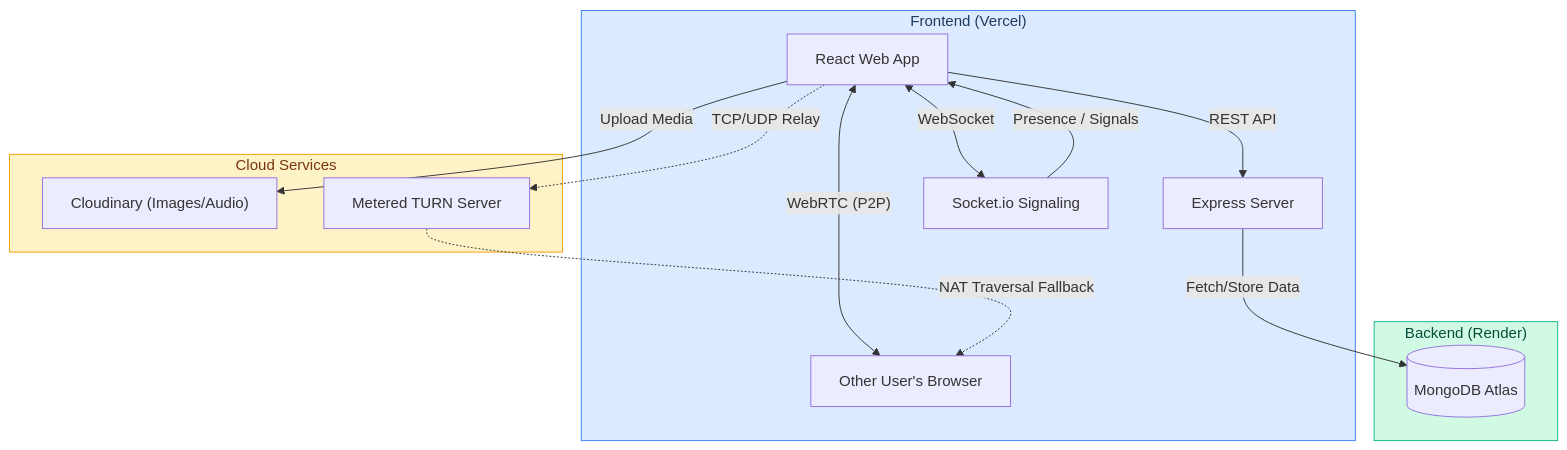
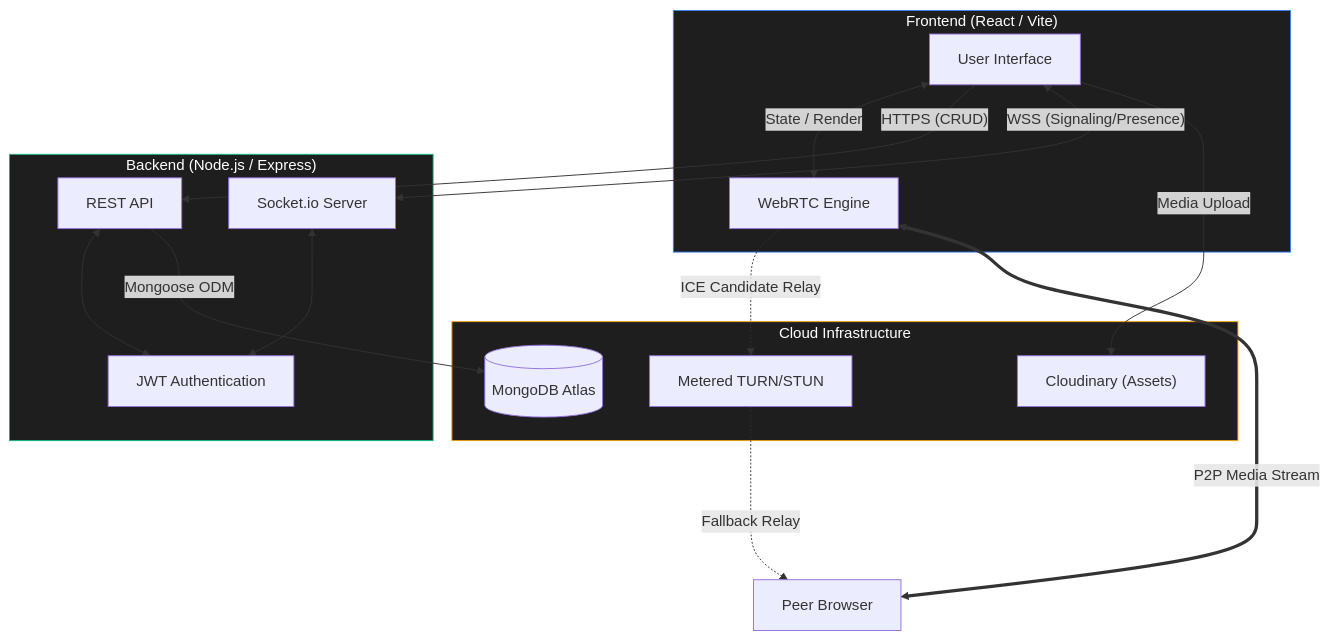
One commit to Harshkumar2306/talk-to-me changed the diagram in README.md. Above: the diagram before and after it, drawn with Mermaid. The commit also changed other lines of this file, not shown here.

````diff
--- a/README.md
+++ b/README.md
@@ -15,31 +69,36 @@
 ```mermaid
 graph TB
-    subgraph Frontend["Frontend (Vercel)"]
-        UI["React Web App"]
-        UI --> |"REST API"| API
-        UI <--> |"WebSocket"| SOCKET
-        UI <--> |"WebRTC (P2P)"| PEER["Other User's Browser"]
+    subgraph Frontend["Frontend (React / Vite)"]
+        UI["User Interface"]
+        RTC["WebRTC Engine"]
+        UI <--> |"State / Render"| RTC
     end
 
-    subgraph Backend["Backend (Render)"]
-        API["Express Server"]
-        SOCKET["Socket.io Signaling"]
+    subgraph Backend["Backend (Node.js / Express)"]
+        API["REST API"]
+        SOCKET["Socket.io Server"]
+        AUTH["JWT Authentication"]
         
-        API --> |"Fetch/Store Data"| DB
-        SOCKET --> |"Presence / Signals"| UI
+        API <--> AUTH
+        SOCKET <--> AUTH
     end
 
-    subgraph Cloud["Cloud Services"]
+    subgraph Cloud["Cloud Infrastructure"]
         DB[("MongoDB Atlas")]
-        CDN["Cloudinary (Images/Audio)"]
-        TURN["Metered TURN Server"]
-        
-        UI --> |"Upload Media"| CDN
-        UI -.-> |"TCP/UDP Relay"| TURN
-        TURN -.-> |"NAT Traversal Fallback"| PEER
+        CDN["Cloudinary (Assets)"]
+        TURN["Metered TURN/STUN"]
     end
+    
+    %% Connections
+    UI --> |"HTTPS (CRUD)"| API
+    UI <--> |"WSS (Signaling/Presence)"| SOCKET
+    API --> |"Mongoose ODM"| DB
+    UI --> |"Media Upload"| CDN
+    RTC -.-> |"ICE Candidate Relay"| TURN
+    RTC <====> |"P2P Media Stream"| RTC_OTHER["Peer Browser"]
+    TURN -.-> |"Fallback Relay"| RTC_OTHER
 
-    style Frontend fill:#dbeafe,stroke:#3b82f6,color:#1e3a5f
-    style Backend fill:#d1fae5,stroke:#10b981,color:#064e3b
-    style Cloud fill:#fef3c7,stroke:#f59e0b,color:#78350f
+    style Frontend fill:#1e1e1e,stroke:#3b82f6,color:#fff
+    style Backend fill:#1e1e1e,stroke:#10b981,color:#fff
+    style Cloud fill:#1e1e1e,stroke:#f59e0b,color:#fff
 ```
````
